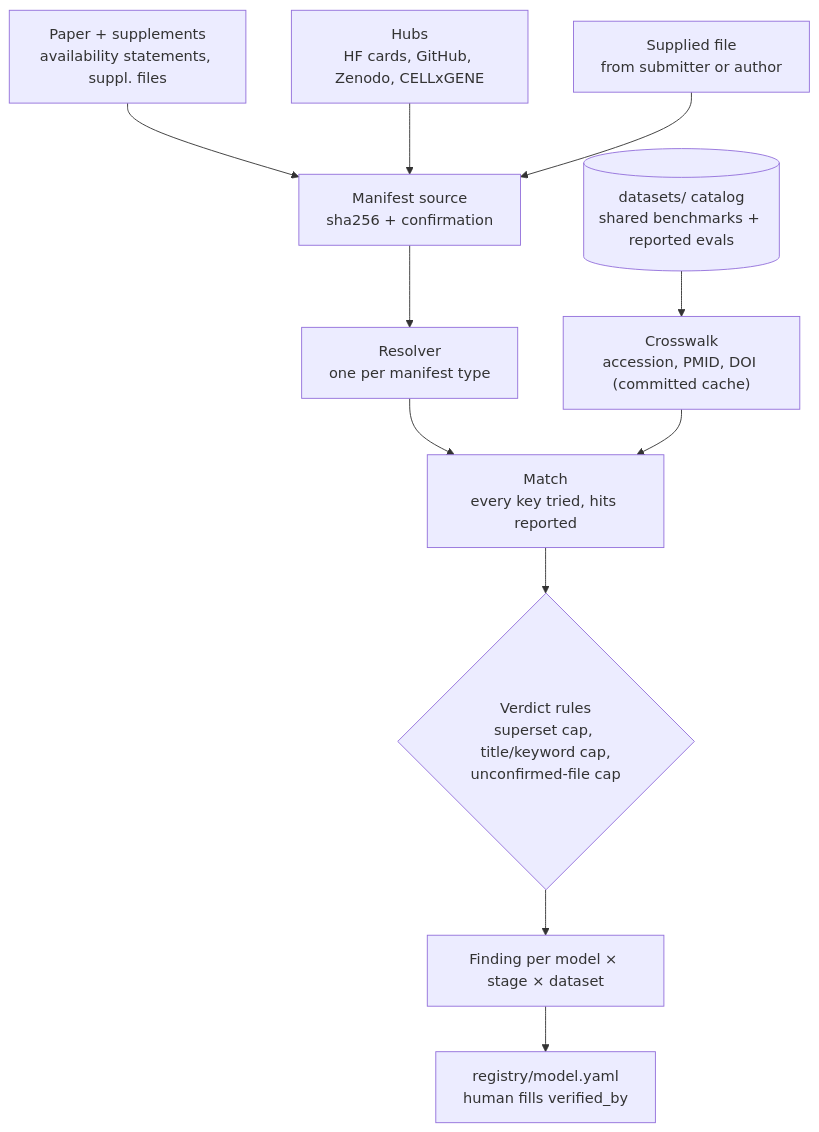
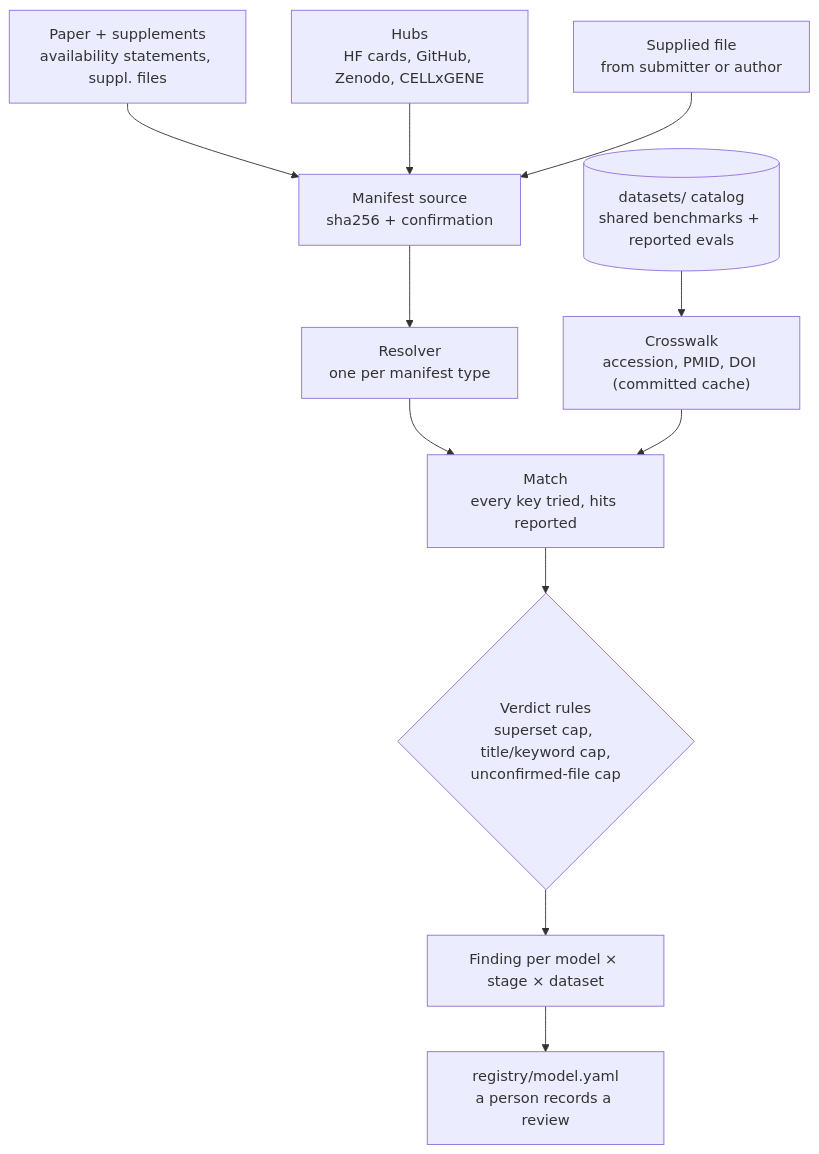
The first of 3 diagrams in docs/DATA_FLOW.md (leahmatzat/corpus-checker), drawn with Mermaid before and after one commit. The commit also changed other lines of this file and 50 other files, not shown here.

First line of the commit message:
"Reviewed", not "verified": record what a review covers

````diff
--- a/docs/DATA_FLOW.md
+++ b/docs/DATA_FLOW.md
@@ -9,13 +9,13 @@
 ```mermaid
 flowchart TD
   P["Paper + supplements<br/>availability statements, suppl. files"] --> M
   H["Hubs<br/>HF cards, GitHub, Zenodo, CELLxGENE"] --> M
   U["Supplied file<br/>from submitter or author"] --> M
   M["Manifest source<br/>sha256 + confirmation"] --> R["Resolver<br/>one per manifest type"]
   R --> MA["Match<br/>every key tried, hits reported"]
   CAT[("datasets/ catalog<br/>shared benchmarks + reported evals")] --> X["Crosswalk<br/>accession, PMID, DOI (committed cache)"]
   X --> MA
   MA --> V{"Verdict rules<br/>superset cap, title/keyword cap,<br/>unconfirmed-file cap"}
   V --> F["Finding per model × stage × dataset"]
-  F --> Y["registry/model.yaml<br/>human fills verified_by"]
+  F --> Y["registry/model.yaml<br/>a person records a review"]
 ```
````
